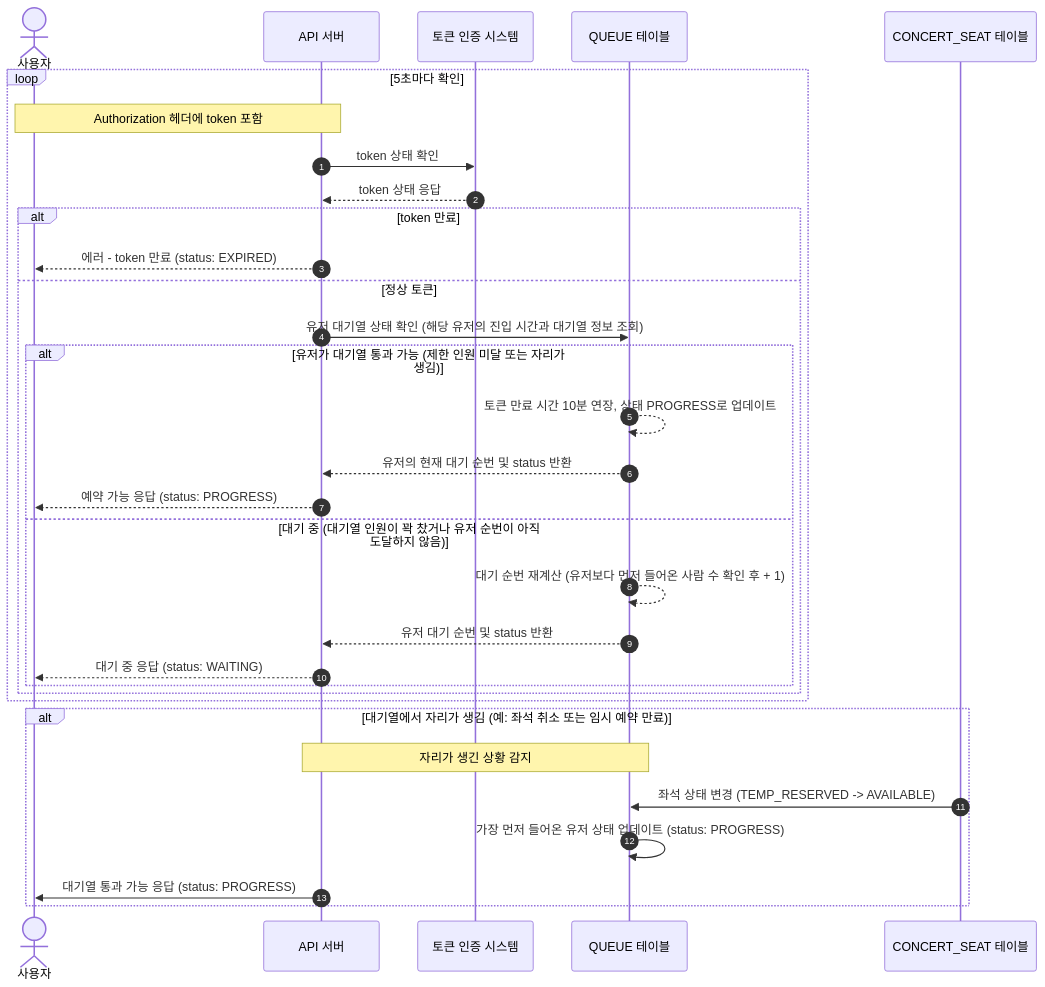
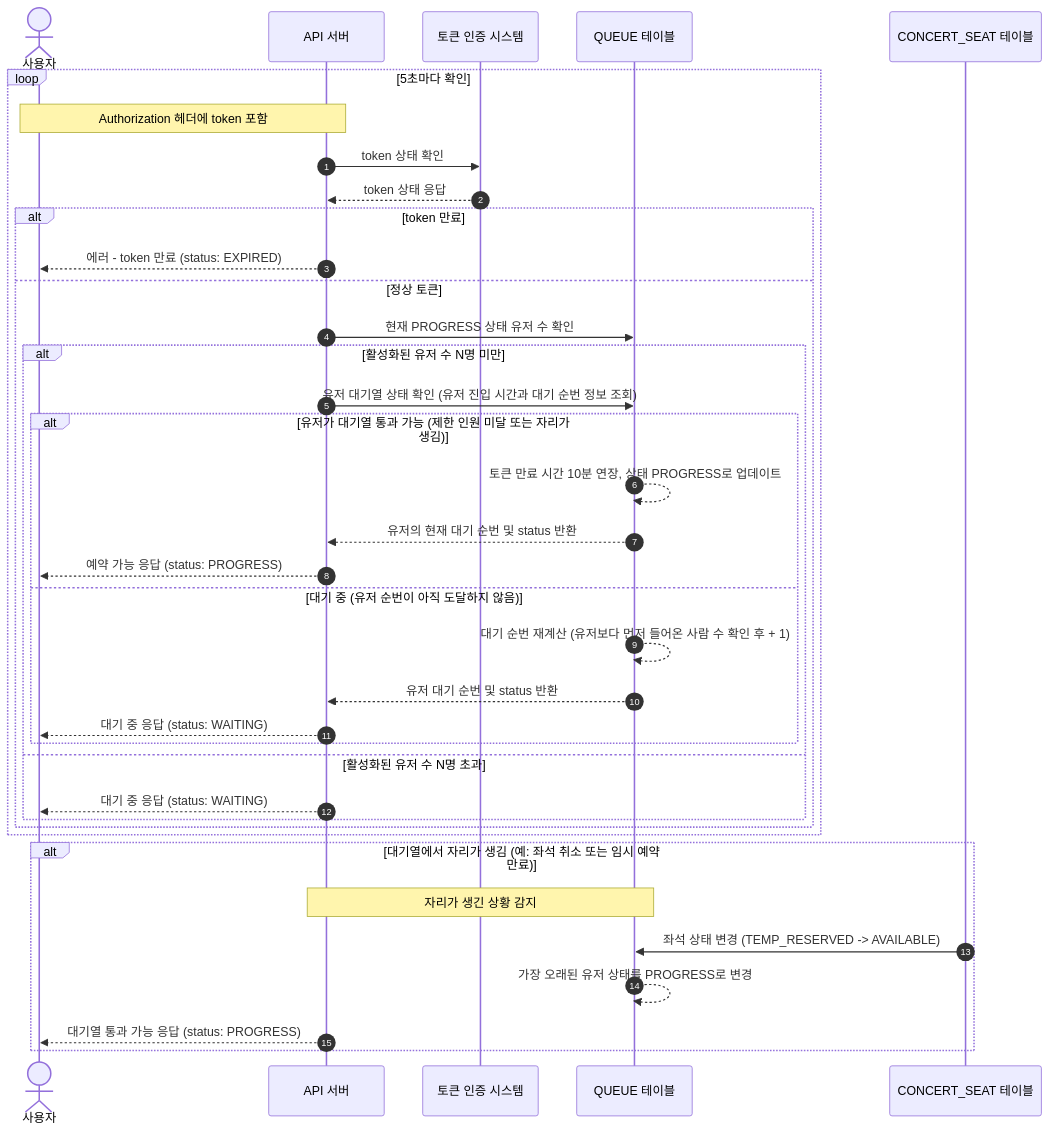
The second of 8 diagrams in docs/sequence.md (Cheondongmin/concert-java), drawn with Mermaid before and after one commit.

Commit message:
fix: docs 수정

````diff
--- a/docs/sequence.md
+++ b/docs/sequence.md
@@ -29,37 +29,42 @@
 ```mermaid
 sequenceDiagram
     autonumber
     actor user as 사용자
     participant API as API 서버
     participant AUTH as 토큰 인증 시스템
     participant QUEUE as QUEUE 테이블
     participant SEAT as CONCERT_SEAT 테이블
 
     loop 5초마다 확인
         Note over user, API: Authorization 헤더에 token 포함
         API ->> AUTH: token 상태 확인
         AUTH -->> API: token 상태 응답
         alt token 만료
             API -->> user: 에러 - token 만료 (status: EXPIRED)
         else 정상 토큰
-            API ->> QUEUE: 유저 대기열 상태 확인 (해당 유저의 진입 시간과 대기열 정보 조회)
-            alt 유저가 대기열 통과 가능 (제한 인원 미달 또는 자리가 생김)
-                QUEUE -->> QUEUE: 토큰 만료 시간 10분 연장, 상태 PROGRESS로 업데이트
-                QUEUE -->> API: 유저의 현재 대기 순번 및 status 반환
-                API -->> user: 예약 가능 응답 (status: PROGRESS)
-            else 대기 중 (대기열 인원이 꽉 찼거나 유저 순번이 아직 도달하지 않음)
-                QUEUE -->> QUEUE: 대기 순번 재계산 (유저보다 먼저 들어온 사람 수 확인 후 + 1)
-                QUEUE -->> API: 유저 대기 순번 및 status 반환
+            API ->> QUEUE: 현재 PROGRESS 상태 유저 수 확인
+            alt 활성화된 유저 수 N명 미만
+                API ->> QUEUE: 유저 대기열 상태 확인 (유저 진입 시간과 대기 순번 정보 조회)
+                alt 유저가 대기열 통과 가능 (제한 인원 미달 또는 자리가 생김)
+                    QUEUE -->> QUEUE: 토큰 만료 시간 10분 연장, 상태 PROGRESS로 업데이트
+                    QUEUE -->> API: 유저의 현재 대기 순번 및 status 반환
+                    API -->> user: 예약 가능 응답 (status: PROGRESS)
+                else 대기 중 (유저 순번이 아직 도달하지 않음)
+                    QUEUE -->> QUEUE: 대기 순번 재계산 (유저보다 먼저 들어온 사람 수 확인 후 + 1)
+                    QUEUE -->> API: 유저 대기 순번 및 status 반환
+                    API -->> user: 대기 중 응답 (status: WAITING)
+                end
+            else 활성화된 유저 수 N명 초과
                 API -->> user: 대기 중 응답 (status: WAITING)
             end
         end
     end
 
     alt 대기열에서 자리가 생김 (예: 좌석 취소 또는 임시 예약 만료)
         Note over API, QUEUE: 자리가 생긴 상황 감지
         SEAT ->> QUEUE: 좌석 상태 변경 (TEMP_RESERVED -> AVAILABLE)
-        QUEUE ->> QUEUE: 가장 먼저 들어온 유저 상태 업데이트 (status: PROGRESS)
-        API ->> user: 대기열 통과 가능 응답 (status: PROGRESS)
+        QUEUE -->> QUEUE: 가장 오래된 유저 상태를 PROGRESS로 변경
+        API -->> user: 대기열 통과 가능 응답 (status: PROGRESS)
     end
 
 ```
````
